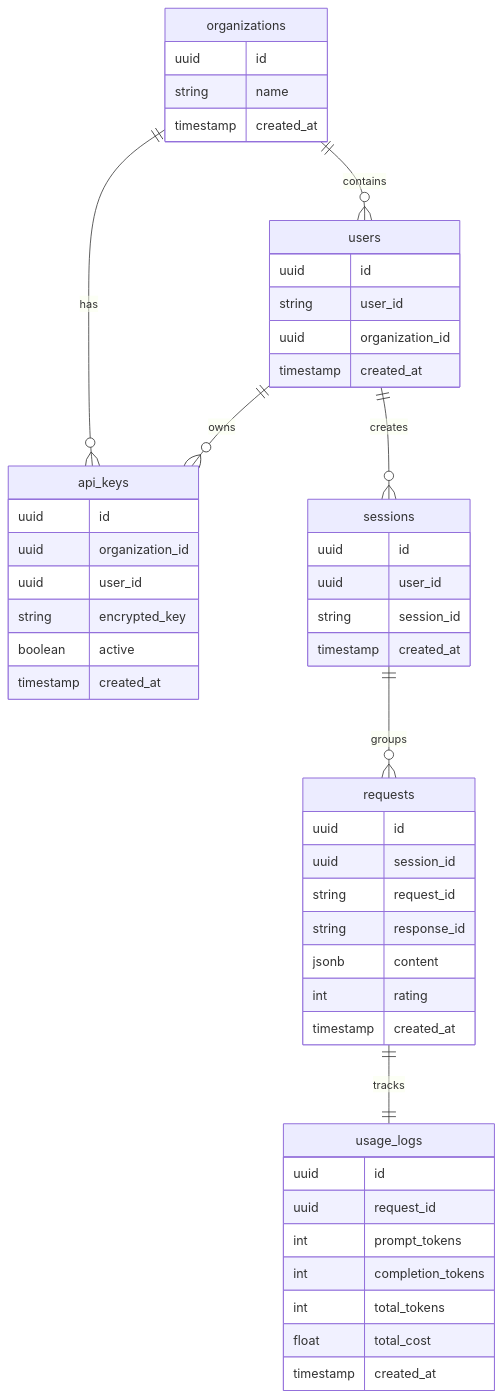
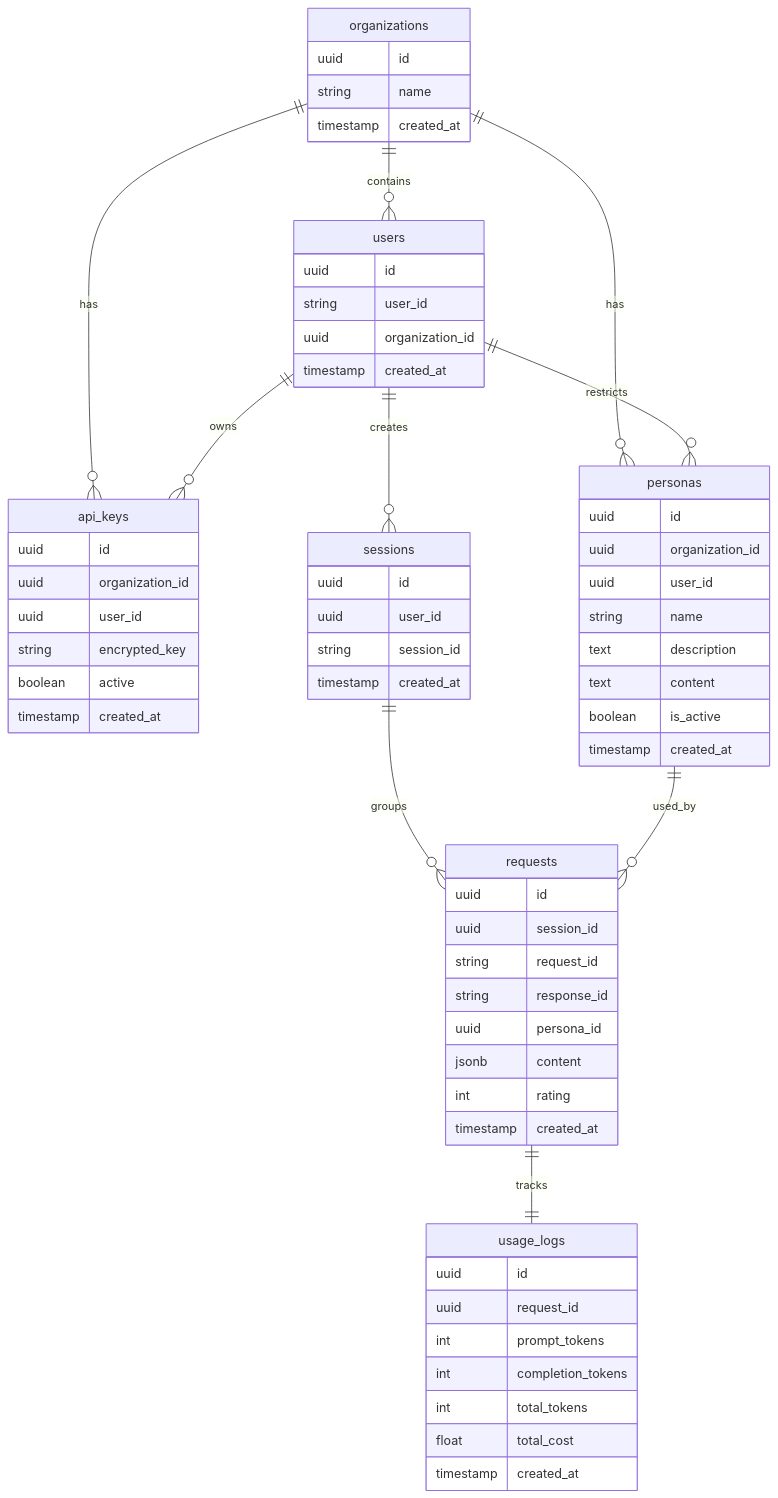
Before and after one commit to amotivv-inc/memory-box-inference: the second of 2 diagrams in README.md, drawn with Mermaid. The commit also changed other lines of this file and 5 other files, not shown here.

````diff
--- a/README.md
+++ b/README.md
@@ -633,58 +667,73 @@
 ```mermaid
 erDiagram
     organizations ||--o{ users : contains
     organizations ||--o{ api_keys : has
+    organizations ||--o{ personas : has
     users ||--o{ sessions : creates
     users ||--o{ api_keys : owns
+    users ||--o{ personas : restricts
     sessions ||--o{ requests : groups
     requests ||--|| usage_logs : tracks
+    personas ||--o{ requests : used_by
     
     organizations {
         uuid id
         string name
         timestamp created_at
     }
     
     users {
         uuid id
         string user_id
         uuid organization_id
         timestamp created_at
     }
     
     api_keys {
         uuid id
         uuid organization_id
         uuid user_id
         string encrypted_key
         boolean active
         timestamp created_at
     }
     
     sessions {
         uuid id
         uuid user_id
         string session_id
         timestamp created_at
     }
     
     requests {
         uuid id
         uuid session_id
         string request_id
         string response_id
+        uuid persona_id
         jsonb content
         int rating
         timestamp created_at
     }
     
     usage_logs {
         uuid id
         uuid request_id
         int prompt_tokens
         int completion_tokens
         int total_tokens
         float total_cost
         timestamp created_at
     }
+    
+    personas {
+        uuid id
+        uuid organization_id
+        uuid user_id
+        string name
+        text description
+        text content
+        boolean is_active
+        timestamp created_at
+    }
 ```
````
